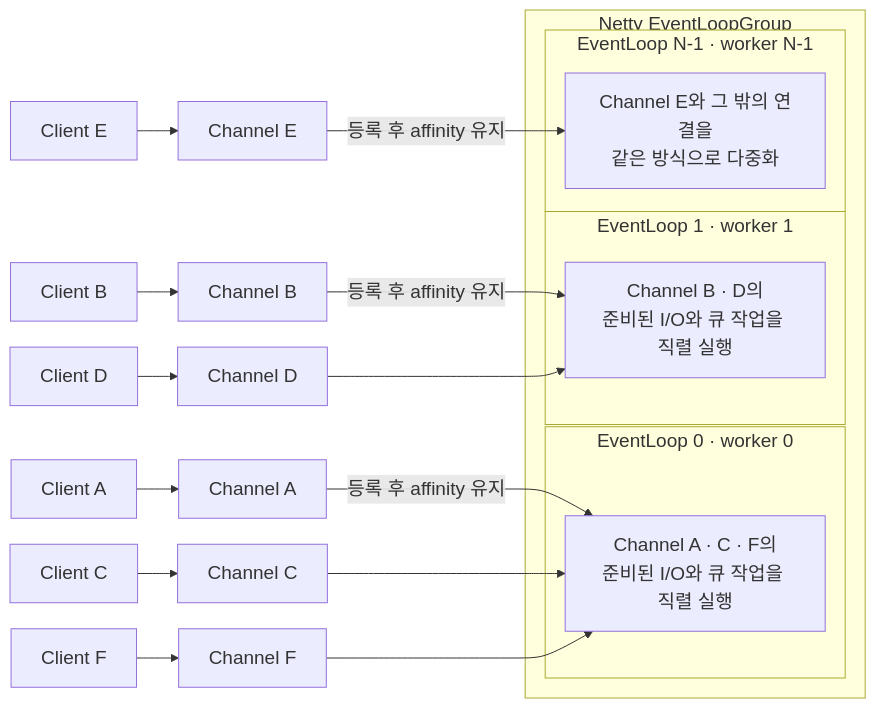
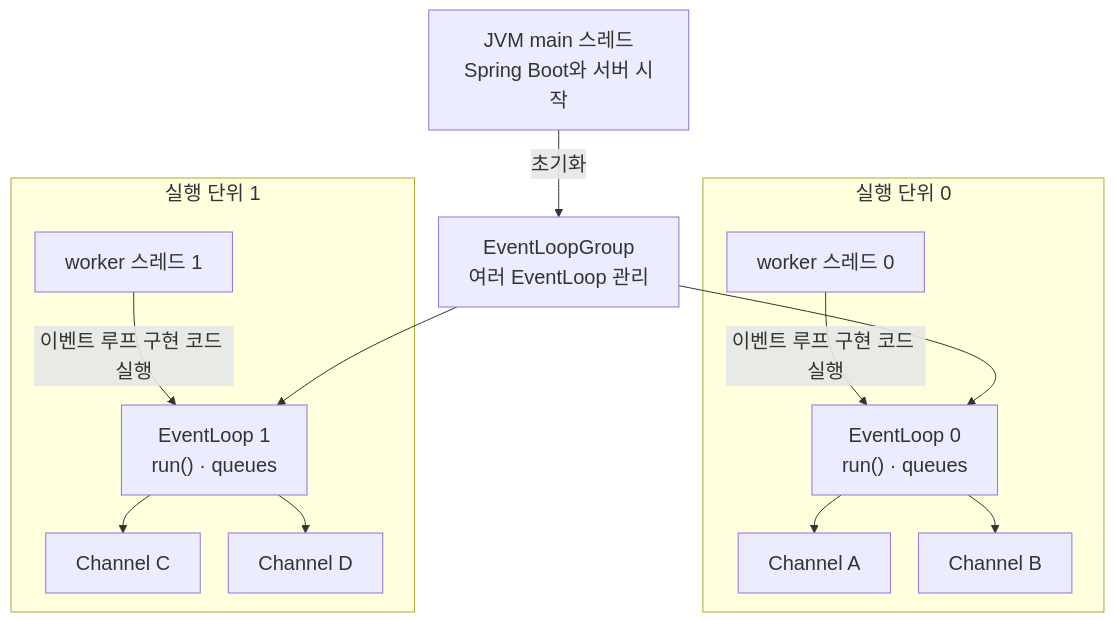
The first of 2 diagrams in docs/frontend-study/webflux-netty-event-loop.md (lee-gimoon/futures-paper-trading), drawn with Mermaid before and after one commit. The commit also changed other lines of this file, not shown here.

Commit message:
docs: focus WebFlux guide on Netty event loop threads

````diff
--- a/docs/frontend-study/webflux-netty-event-loop.md
+++ b/docs/frontend-study/webflux-netty-event-loop.md
@@ -123,29 +28,26 @@
 ```mermaid
-%%{init: {"themeVariables": {"fontSize": "19px"}, "flowchart": {"nodeSpacing": 26, "rankSpacing": 40, "subGraphTitleMargin": {"top": 0, "bottom": 20}}}}%%
-flowchart LR
-  A["Client A"] --> CA["Channel A"]
-  B["Client B"] --> CB["Channel B"]
-  C["Client C"] --> CC["Channel C"]
-  D["Client D"] --> CD["Channel D"]
-  E["Client E"] --> CE["Channel E"]
-  F["Client F"] --> CF["Channel F"]
+%%{init: {"themeVariables": {"fontSize": "20px"}, "flowchart": {"nodeSpacing": 28, "rankSpacing": 38, "subGraphTitleMargin": {"top": 0, "bottom": 20}}}}%%
+flowchart TB
+  MAIN["JVM main 스레드<br/>Spring Boot와 서버 시작"]
+  GROUP["EventLoopGroup<br/>여러 EventLoop 관리"]
 
-  subgraph GROUP["Netty EventLoopGroup"]
-    subgraph L0["EventLoop 0 · worker 0"]
-      Q0["Channel A · C · F의<br/>준비된 I/O와 큐 작업을 직렬 실행"]
-    end
-    subgraph L1["EventLoop 1 · worker 1"]
-      Q1["Channel B · D의<br/>준비된 I/O와 큐 작업을 직렬 실행"]
-    end
-    subgraph LN["EventLoop N-1 · worker N-1"]
-      QN["Channel E와 그 밖의 연결을<br/>같은 방식으로 다중화"]
-    end
+  subgraph P0["실행 단위 0"]
+    T0["worker 스레드 0"]
+    E0["EventLoop 0<br/>run() · queues"]
+    T0 -->|"이벤트 루프 구현 코드 실행"| E0
+    E0 --> A["Channel A"]
+    E0 --> B["Channel B"]
   end
 
-  CA -->|"등록 후 affinity 유지"| Q0
-  CC --> Q0
-  CF --> Q0
-  CB -->|"등록 후 affinity 유지"| Q1
-  CD --> Q1
-  CE -->|"등록 후 affinity 유지"| QN
+  subgraph P1["실행 단위 1"]
+    T1["worker 스레드 1"]
+    E1["EventLoop 1<br/>run() · queues"]
+    T1 -->|"이벤트 루프 구현 코드 실행"| E1
+    E1 --> C["Channel C"]
+    E1 --> D["Channel D"]
+  end
+
+  MAIN -->|"초기화"| GROUP
+  GROUP --> E0
+  GROUP --> E1
 ```
````
